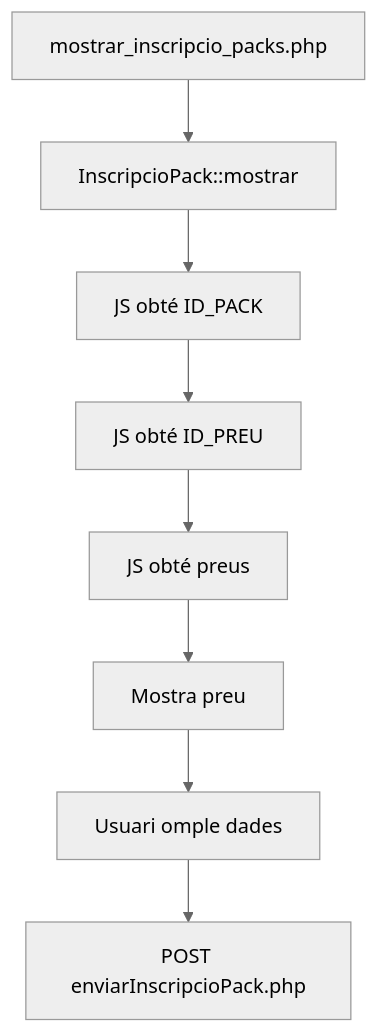
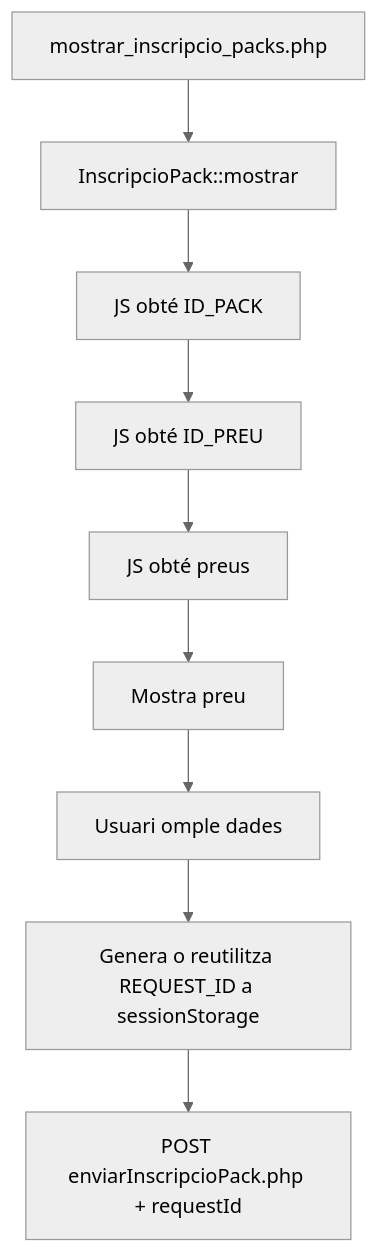
The fifth of 20 diagrams in documentacio/07-uml-integrat/uc-015-activitats-pagines-pack-actual-final.md (orgmeriemprismacat-del/verifactu), drawn with Mermaid (neutral theme) before and after one commit. The commit also changed other lines of this file, not shown here.

````diff
--- a/documentacio/07-uml-integrat/uc-015-activitats-pagines-pack-actual-final.md
+++ b/documentacio/07-uml-integrat/uc-015-activitats-pagines-pack-actual-final.md
@@ -72,10 +72,11 @@
 ```mermaid
 flowchart TD
 A[mostrar_inscripcio_packs.php] --> B[InscripcioPack::mostrar]
 B --> C[JS obté ID_PACK]
 C --> D[JS obté ID_PREU]
 D --> E[JS obté preus]
 E --> F[Mostra preu]
 F --> G[Usuari omple dades]
-G --> H[POST enviarInscripcioPack.php]
+G --> H[Genera o reutilitza REQUEST_ID a sessionStorage]
+H --> I[POST enviarInscripcioPack.php + requestId]
 ```
````
